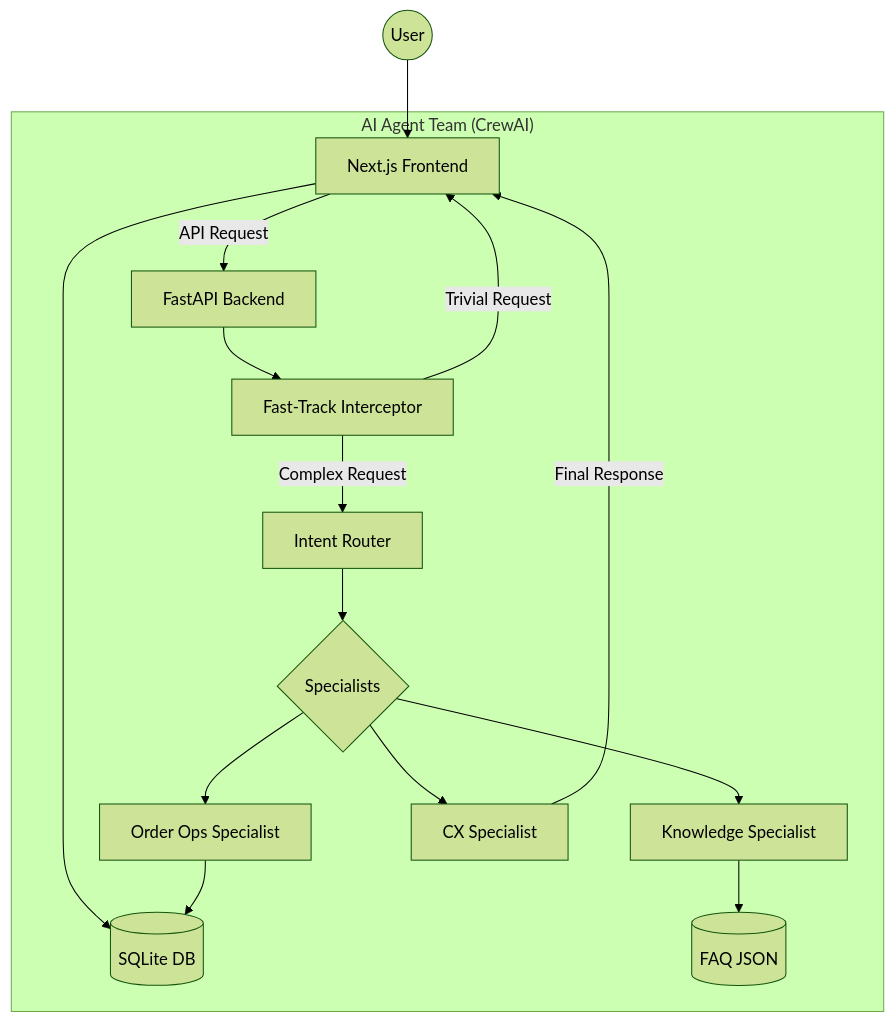
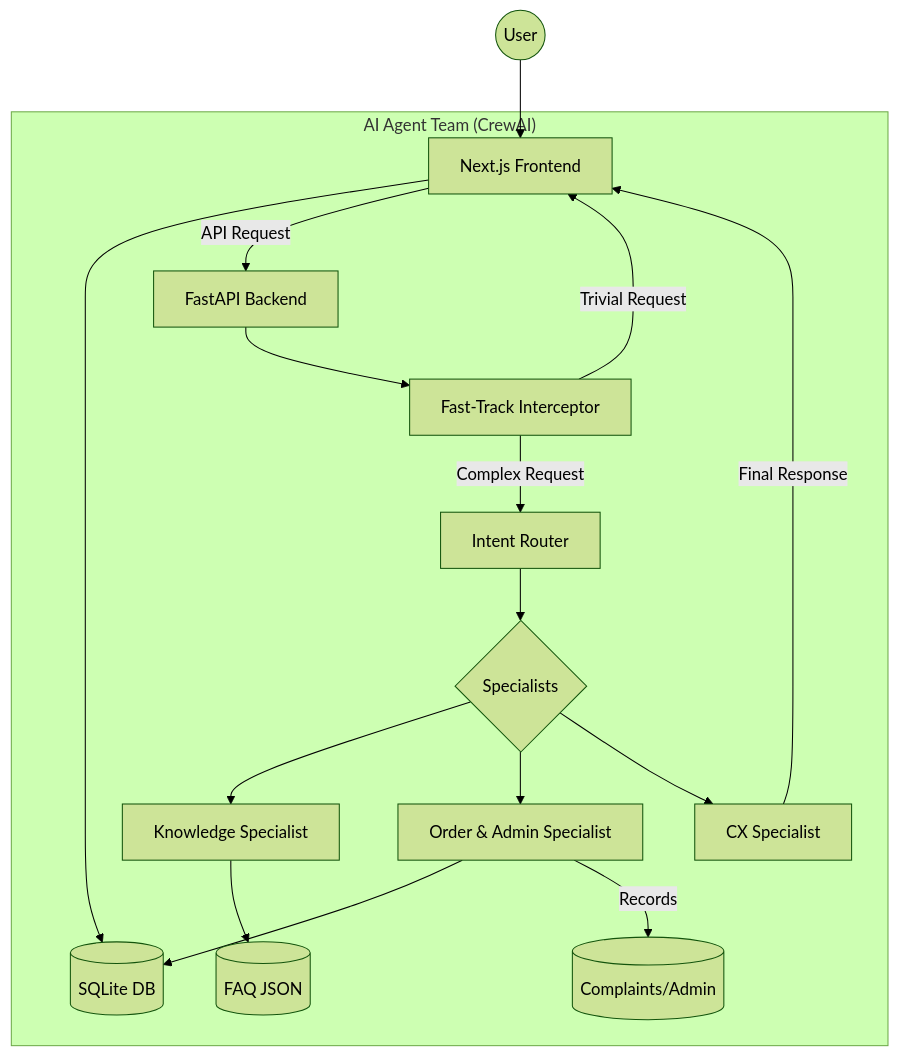
One commit to AliAlTaweel/ai_customer_support changed the diagram in README.md. Above: the diagram before and after it, drawn with Mermaid (forest theme). The commit also changed other lines of this file and 2 other files, not shown here.

````diff
--- a/README.md
+++ b/README.md
@@ -13,20 +13,21 @@
 ```mermaid
 graph TD
     User((User)) --> Frontend[Next.js Frontend]
     Frontend --> DB[(SQLite DB)]
     Frontend -- "API Request" --> Backend[FastAPI Backend]
     
     subgraph "AI Agent Team (CrewAI)"
         Backend --> FastTrack[Fast-Track Interceptor]
         FastTrack -- "Trivial Request" --> Frontend
         FastTrack -- "Complex Request" --> Router[Intent Router]
         Router --> Specialist{Specialists}
         Specialist --> RAG[Knowledge Specialist]
-        Specialist --> Ops[Order Ops Specialist]
+        Specialist --> Ops[Order & Admin Specialist]
         RAG --> FAQ[(FAQ JSON)]
         Ops --> DB
+        Ops -- "Records" --> Complaint[(Complaints/Admin)]
         Specialist --> CX[CX Specialist]
     end
     
     CX -- "Final Response" --> Frontend
 ```
````
